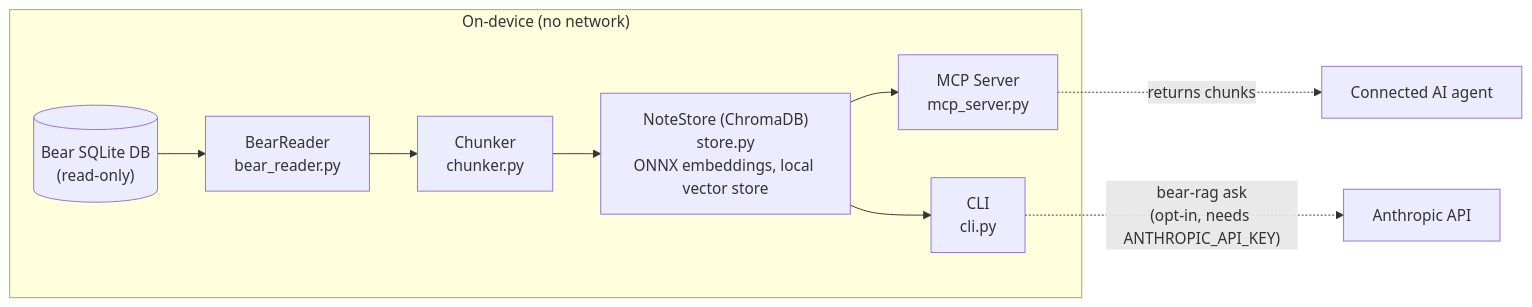
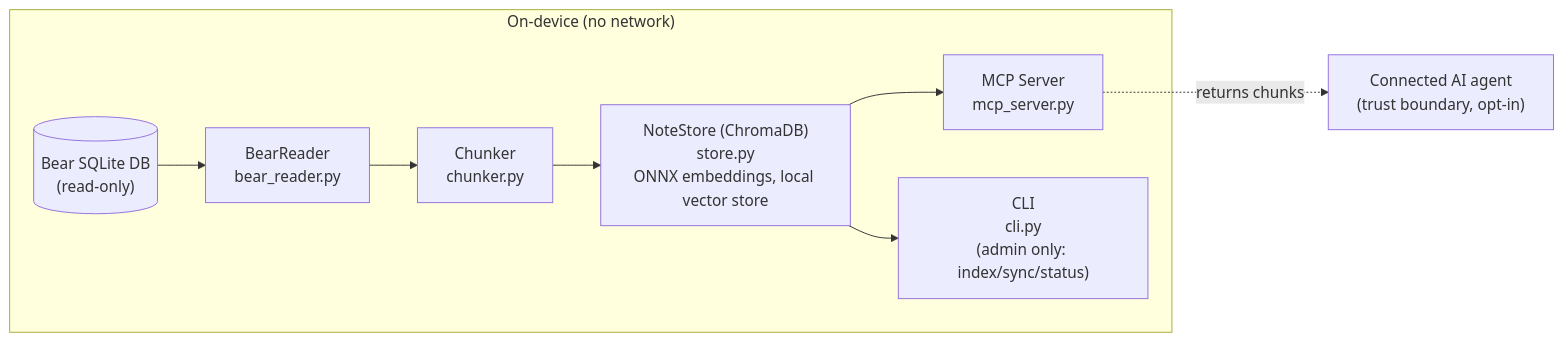
One commit to fairbearlab/bear-app-rag changed the diagram in README.md. Above: the diagram before and after it, drawn with Mermaid. The commit also changed other lines of this file and 29 other files, not shown here.

First line of the commit message:
feat: retire `bear-rag ask` + harden the RAG engine (tag-filter, archived-note leak) (#8)

````diff
--- a/README.md
+++ b/README.md
@@ -51,12 +51,11 @@
 ```mermaid
 flowchart LR
     subgraph local["On-device (no network)"]
         DB[("Bear SQLite DB<br/>(read-only)")] --> BR["BearReader<br/>bear_reader.py"]
         BR --> CH["Chunker<br/>chunker.py"]
         CH --> NS["NoteStore (ChromaDB)<br/>store.py<br/>ONNX embeddings, local vector store"]
         NS --> MCP["MCP Server<br/>mcp_server.py"]
-        NS --> CLI["CLI<br/>cli.py"]
+        NS --> CLI["CLI<br/>cli.py<br/>(admin only: index/sync/status)"]
     end
-    MCP -. "returns chunks" .-> Agent["Connected AI agent"]
-    CLI -. "bear-rag ask<br/>(opt-in, needs ANTHROPIC_API_KEY)" .-> API["Anthropic API"]
+    MCP -. "returns chunks" .-> Agent["Connected AI agent<br/>(trust boundary, opt-in)"]
 ```
````
